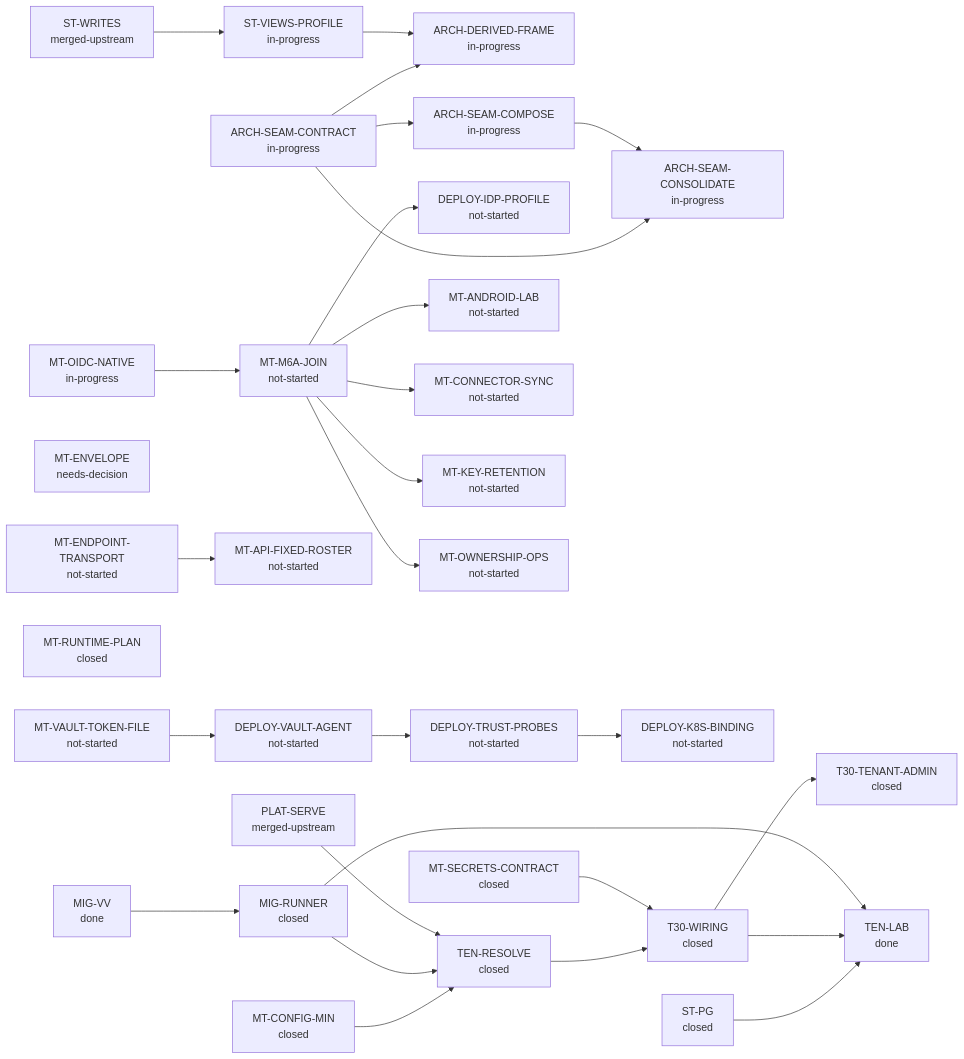
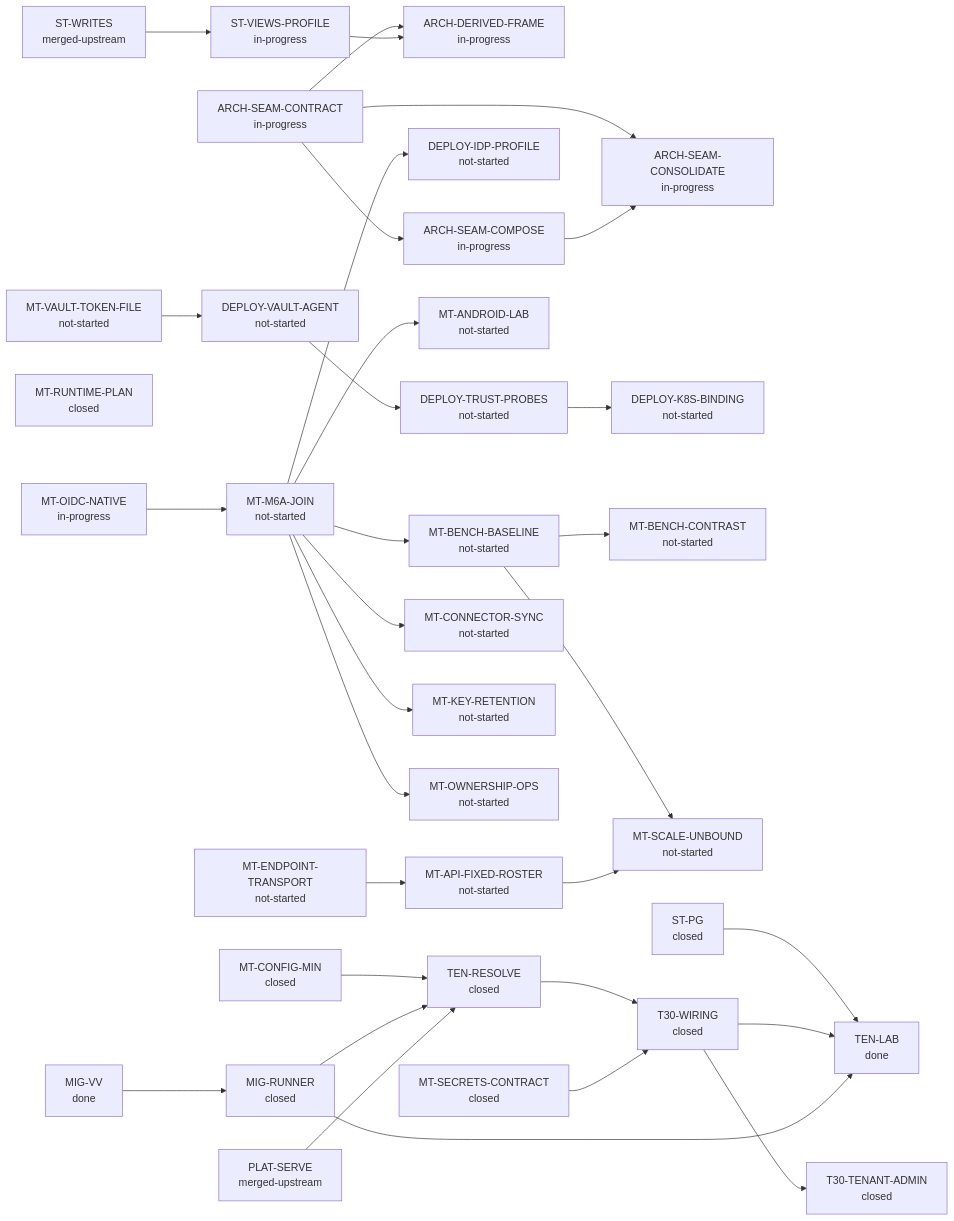
One commit to bewest/rag-nightscout-ecosystem-alignment changed the second of 2 diagrams in docs/30-design/tenancy/multitenant-delivery-dashboard.md. Above: the diagram before and after it, drawn with Mermaid. The commit also changed other lines of this file and 11 other files, not shown here.

First line of the commit message:
M7 envelope is measured, not declared: benchmark baseline, contrast with existing deployment shapes, prove component-wise scaling

````diff
--- a/docs/30-design/tenancy/multitenant-delivery-dashboard.md
+++ b/docs/30-design/tenancy/multitenant-delivery-dashboard.md
@@ -82,60 +82,66 @@
 ```mermaid
 flowchart LR
   ARCH-DERIVED-FRAME["ARCH-DERIVED-FRAME<br/>in-progress"]
   ARCH-SEAM-COMPOSE["ARCH-SEAM-COMPOSE<br/>in-progress"]
   ARCH-SEAM-CONSOLIDATE["ARCH-SEAM-CONSOLIDATE<br/>in-progress"]
   ARCH-SEAM-CONTRACT["ARCH-SEAM-CONTRACT<br/>in-progress"]
   DEPLOY-IDP-PROFILE["DEPLOY-IDP-PROFILE<br/>not-started"]
   DEPLOY-K8S-BINDING["DEPLOY-K8S-BINDING<br/>not-started"]
   DEPLOY-TRUST-PROBES["DEPLOY-TRUST-PROBES<br/>not-started"]
   DEPLOY-VAULT-AGENT["DEPLOY-VAULT-AGENT<br/>not-started"]
   MIG-RUNNER["MIG-RUNNER<br/>closed"]
   MIG-VV["MIG-VV<br/>done"]
   MT-ANDROID-LAB["MT-ANDROID-LAB<br/>not-started"]
   MT-API-FIXED-ROSTER["MT-API-FIXED-ROSTER<br/>not-started"]
+  MT-BENCH-BASELINE["MT-BENCH-BASELINE<br/>not-started"]
+  MT-BENCH-CONTRAST["MT-BENCH-CONTRAST<br/>not-started"]
   MT-CONFIG-MIN["MT-CONFIG-MIN<br/>closed"]
   MT-CONNECTOR-SYNC["MT-CONNECTOR-SYNC<br/>not-started"]
   MT-ENDPOINT-TRANSPORT["MT-ENDPOINT-TRANSPORT<br/>not-started"]
-  MT-ENVELOPE["MT-ENVELOPE<br/>needs-decision"]
   MT-KEY-RETENTION["MT-KEY-RETENTION<br/>not-started"]
   MT-M6A-JOIN["MT-M6A-JOIN<br/>not-started"]
   MT-OIDC-NATIVE["MT-OIDC-NATIVE<br/>in-progress"]
   MT-OWNERSHIP-OPS["MT-OWNERSHIP-OPS<br/>not-started"]
   MT-RUNTIME-PLAN["MT-RUNTIME-PLAN<br/>closed"]
+  MT-SCALE-UNBOUND["MT-SCALE-UNBOUND<br/>not-started"]
   MT-SECRETS-CONTRACT["MT-SECRETS-CONTRACT<br/>closed"]
   MT-VAULT-TOKEN-FILE["MT-VAULT-TOKEN-FILE<br/>not-started"]
   PLAT-SERVE["PLAT-SERVE<br/>merged-upstream"]
   ST-PG["ST-PG<br/>closed"]
   ST-VIEWS-PROFILE["ST-VIEWS-PROFILE<br/>in-progress"]
   ST-WRITES["ST-WRITES<br/>merged-upstream"]
   T30-TENANT-ADMIN["T30-TENANT-ADMIN<br/>closed"]
   T30-WIRING["T30-WIRING<br/>closed"]
   TEN-LAB["TEN-LAB<br/>done"]
   TEN-RESOLVE["TEN-RESOLVE<br/>closed"]
   ARCH-SEAM-CONTRACT --> ARCH-DERIVED-FRAME
   ST-VIEWS-PROFILE --> ARCH-DERIVED-FRAME
   ARCH-SEAM-CONTRACT --> ARCH-SEAM-COMPOSE
   ARCH-SEAM-CONTRACT --> ARCH-SEAM-CONSOLIDATE
   ARCH-SEAM-COMPOSE --> ARCH-SEAM-CONSOLIDATE
   MT-M6A-JOIN --> DEPLOY-IDP-PROFILE
   DEPLOY-TRUST-PROBES --> DEPLOY-K8S-BINDING
   DEPLOY-VAULT-AGENT --> DEPLOY-TRUST-PROBES
   MT-VAULT-TOKEN-FILE --> DEPLOY-VAULT-AGENT
   MIG-VV --> MIG-RUNNER
   MT-M6A-JOIN --> MT-ANDROID-LAB
   MT-ENDPOINT-TRANSPORT --> MT-API-FIXED-ROSTER
+  MT-M6A-JOIN --> MT-BENCH-BASELINE
+  MT-BENCH-BASELINE --> MT-BENCH-CONTRAST
   MT-M6A-JOIN --> MT-CONNECTOR-SYNC
   MT-M6A-JOIN --> MT-KEY-RETENTION
   MT-OIDC-NATIVE --> MT-M6A-JOIN
   MT-M6A-JOIN --> MT-OWNERSHIP-OPS
+  MT-BENCH-BASELINE --> MT-SCALE-UNBOUND
+  MT-API-FIXED-ROSTER --> MT-SCALE-UNBOUND
   ST-WRITES --> ST-VIEWS-PROFILE
   T30-WIRING --> T30-TENANT-ADMIN
   TEN-RESOLVE --> T30-WIRING
   MT-SECRETS-CONTRACT --> T30-WIRING
   ST-PG --> TEN-LAB
   T30-WIRING --> TEN-LAB
   MIG-RUNNER --> TEN-LAB
   MT-CONFIG-MIN --> TEN-RESOLVE
   MIG-RUNNER --> TEN-RESOLVE
   PLAT-SERVE --> TEN-RESOLVE
 ```
````
